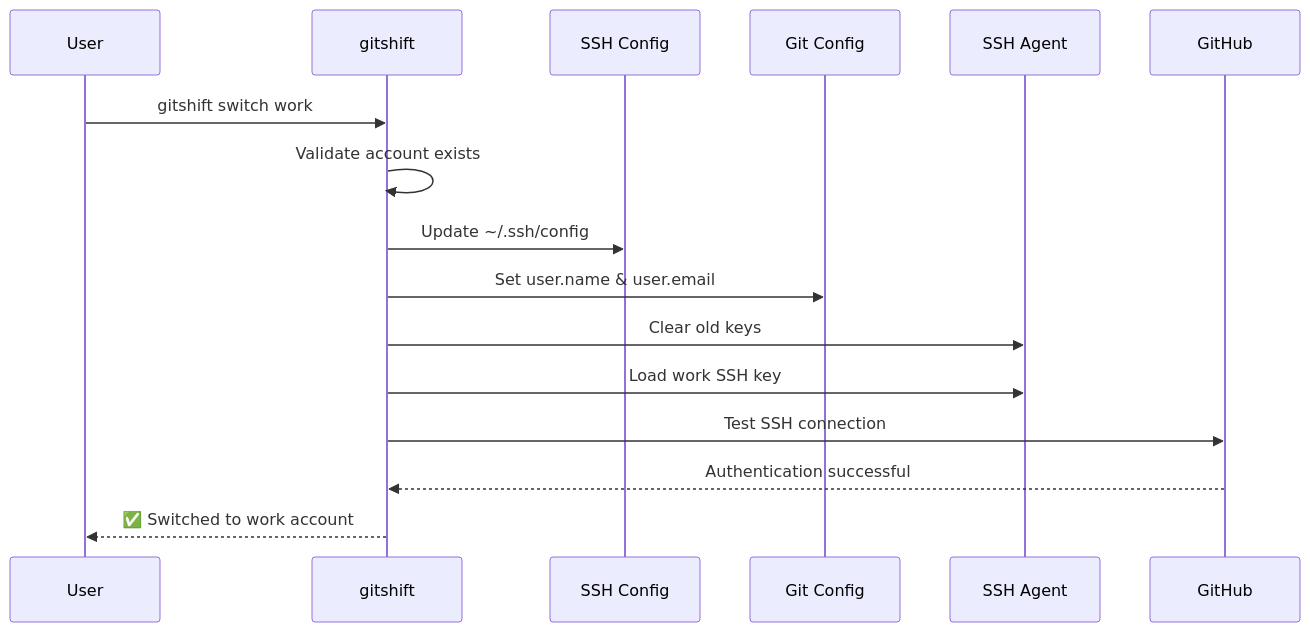
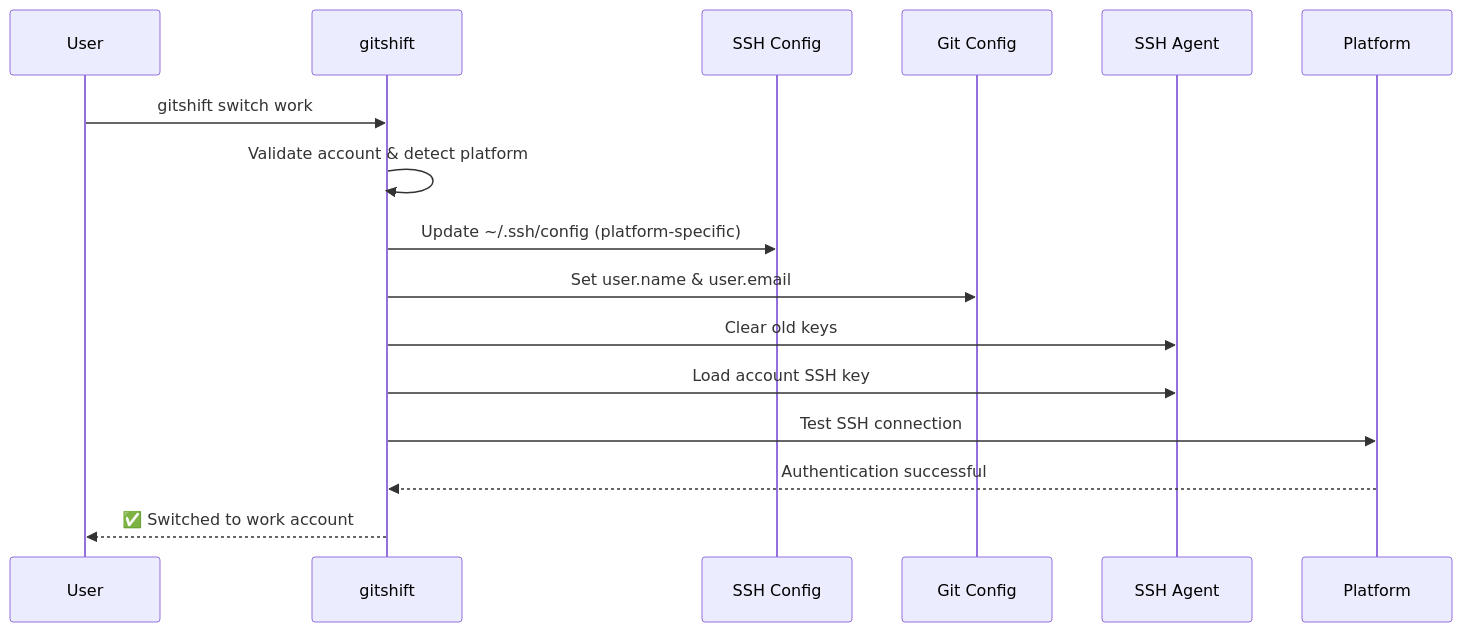
Before and after one commit to techishthoughts-org/gitshift: the second of 6 diagrams in README.md, drawn with Mermaid. The commit also changed other lines of this file and 10 other files, not shown here.

First line of the commit message:
feat: add multi-platform support for GitHub, GitLab, and more

````diff
--- a/README.md
+++ b/README.md
@@ -125,19 +167,19 @@
 ```mermaid
 sequenceDiagram
     participant User
     participant gitshift
     participant SSH Config
     participant Git Config
     participant SSH Agent
-    participant GitHub
+    participant Platform
 
     User->>gitshift: gitshift switch work
-    gitshift->>gitshift: Validate account exists
-    gitshift->>SSH Config: Update ~/.ssh/config
+    gitshift->>gitshift: Validate account & detect platform
+    gitshift->>SSH Config: Update ~/.ssh/config (platform-specific)
     gitshift->>Git Config: Set user.name & user.email
     gitshift->>SSH Agent: Clear old keys
-    gitshift->>SSH Agent: Load work SSH key
-    gitshift->>GitHub: Test SSH connection
-    GitHub-->>gitshift: Authentication successful
+    gitshift->>SSH Agent: Load account SSH key
+    gitshift->>Platform: Test SSH connection
+    Platform-->>gitshift: Authentication successful
     gitshift-->>User: ✅ Switched to work account
 ```
````
